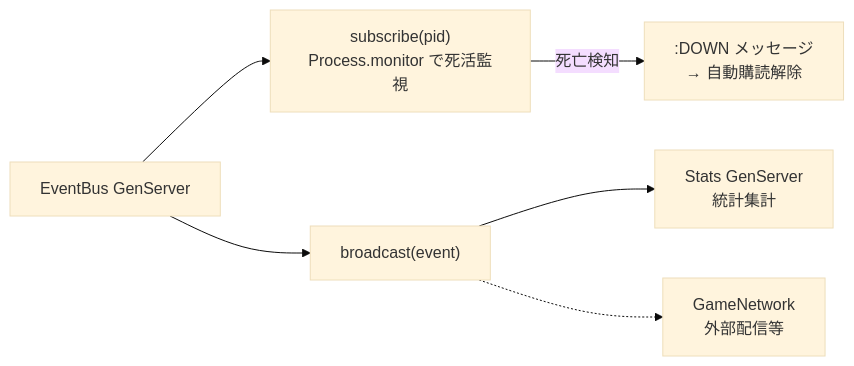
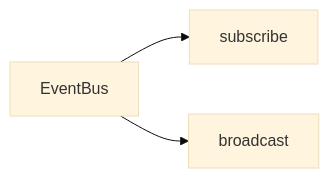
The eighth of 9 diagrams in docs/architecture/overview.md (FRICK-ELDY/alchemy-engine), drawn with Mermaid (base theme) before and after one commit. The commit also changed other lines of this file and 11 other files, not shown here.

Commit message:
docs(architecture): 現行構成（Formula NIF・Elixir tick・3 コンテンツ）に合わせて更新

````diff
--- a/docs/architecture/overview.md
+++ b/docs/architecture/overview.md
@@ -490,15 +242,9 @@
 ```mermaid
 graph LR
-    EB[EventBus GenServer]
-    SUB["subscribe(pid)\nProcess.monitor で死活監視"]
-    BC["broadcast(event)"]
-    ST[Stats GenServer\n統計集計]
-    GN["GameNetwork\n外部配信等"]
-    DOWN[":DOWN メッセージ\n→ 自動購読解除"]
+    EB[EventBus]
+    SUB[subscribe]
+    BC[broadcast]
 
     EB --> SUB
     EB --> BC
-    BC --> ST
-    BC -.->| | GN
-    SUB -->|死亡検知| DOWN
 ```
````
